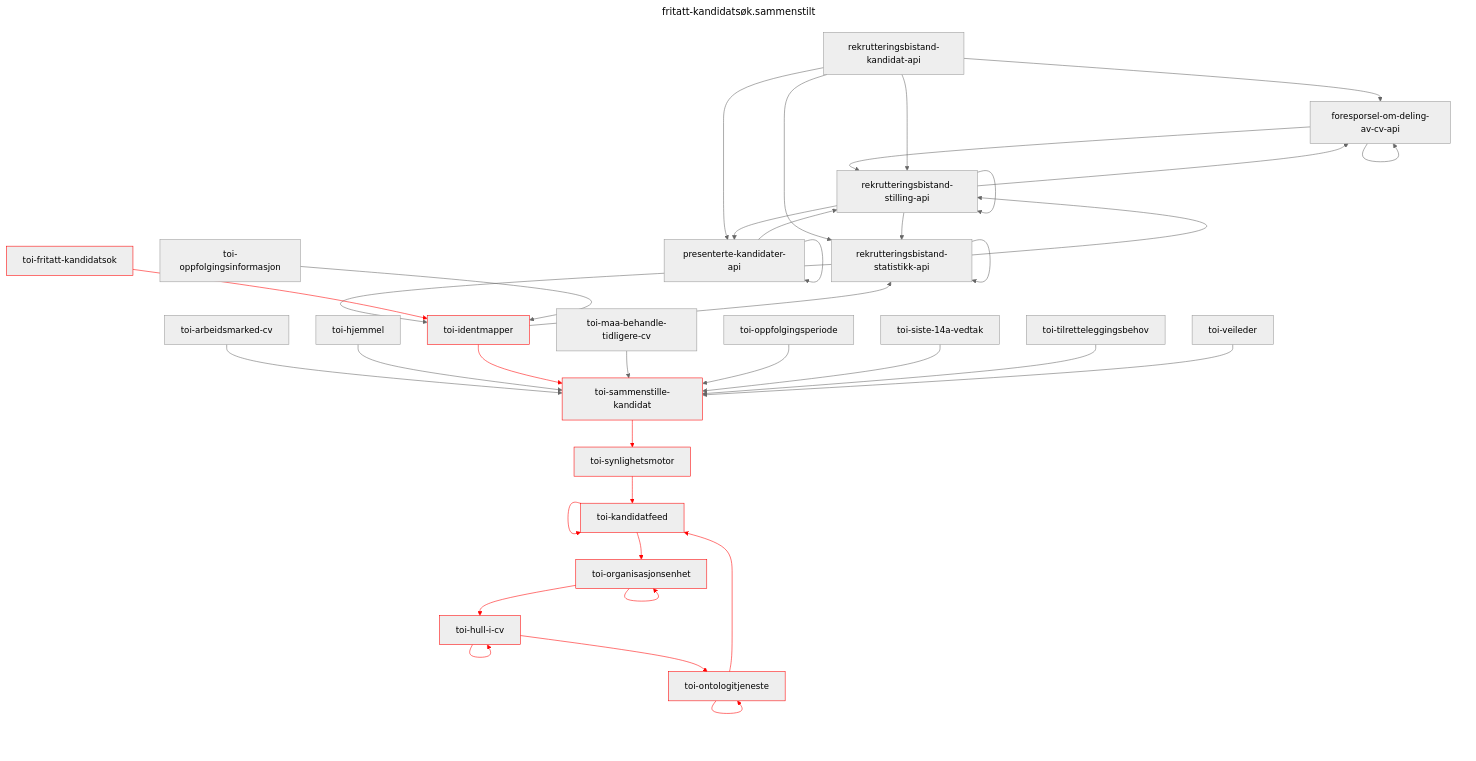
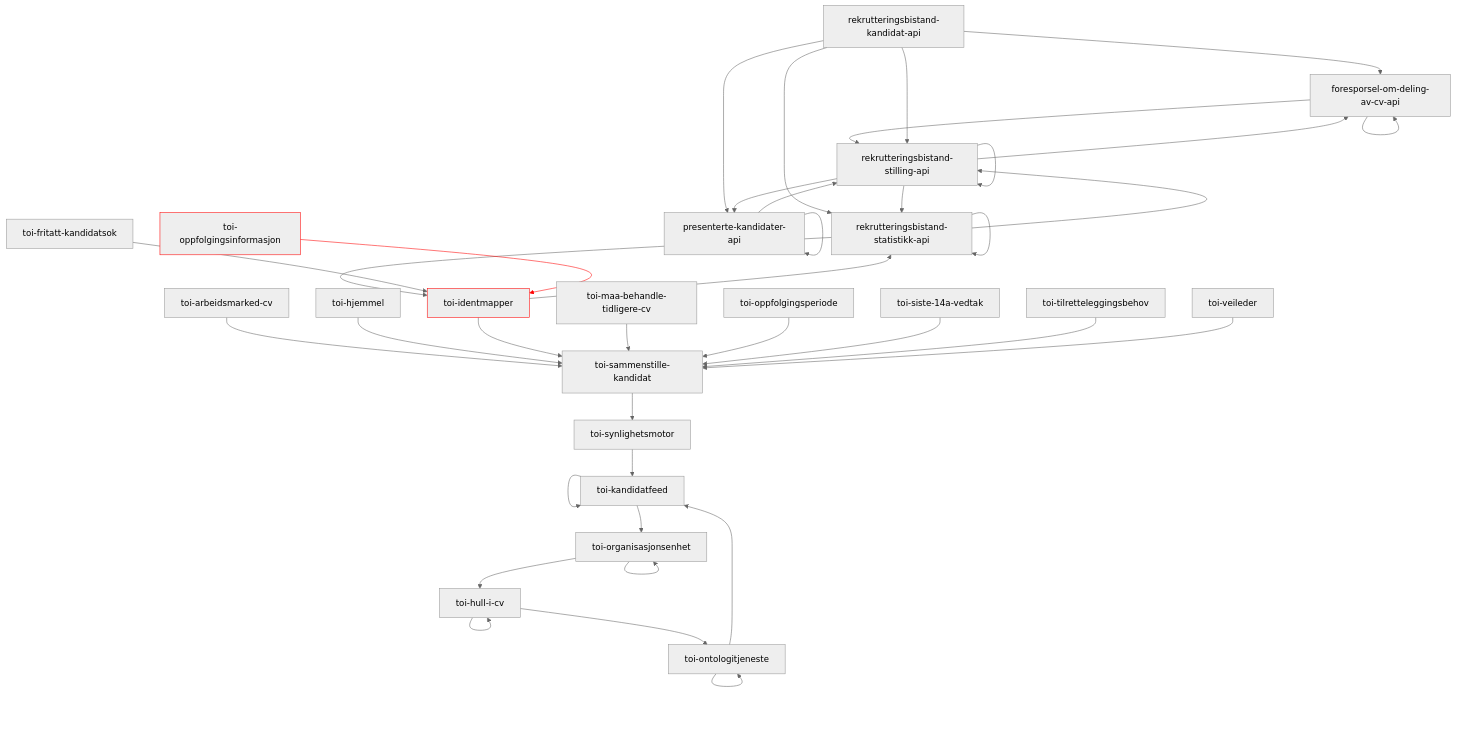
Before and after one commit to navikt/toi-rapids-and-rivers-grapher: the sixth of 34 diagrams in README.md, drawn with Mermaid (neutral theme). The commit also changed other lines of this file, not shown here.

Commit message:
Oppdater Mermaid utskrift

````diff
--- a/README.md
+++ b/README.md
@@ -178,45 +216,42 @@
 ```mermaid
----
-title: fritatt-kandidatsøk.sammenstilt
----
 graph TD;
 foresporsel-om-deling-av-cv-api --> foresporsel-om-deling-av-cv-api;
 foresporsel-om-deling-av-cv-api --> rekrutteringsbistand-stilling-api;
 presenterte-kandidater-api --> presenterte-kandidater-api;
 presenterte-kandidater-api --> rekrutteringsbistand-stilling-api;
 rekrutteringsbistand-kandidat-api --> foresporsel-om-deling-av-cv-api;
 rekrutteringsbistand-kandidat-api --> presenterte-kandidater-api;
 rekrutteringsbistand-kandidat-api --> rekrutteringsbistand-statistikk-api;
 rekrutteringsbistand-kandidat-api --> rekrutteringsbistand-stilling-api;
 rekrutteringsbistand-statistikk-api --> rekrutteringsbistand-statistikk-api;
 rekrutteringsbistand-statistikk-api --> rekrutteringsbistand-stilling-api;
 rekrutteringsbistand-statistikk-api --> toi-identmapper;
 rekrutteringsbistand-stilling-api --> foresporsel-om-deling-av-cv-api;
 rekrutteringsbistand-stilling-api --> presenterte-kandidater-api;
 rekrutteringsbistand-stilling-api --> rekrutteringsbistand-statistikk-api;
 rekrutteringsbistand-stilling-api --> rekrutteringsbistand-stilling-api;
 toi-arbeidsmarked-cv --> toi-sammenstille-kandidat;
-toi-fritatt-kandidatsok:::x --> toi-identmapper:::x;
+toi-fritatt-kandidatsok --> toi-identmapper;
 toi-hjemmel --> toi-sammenstille-kandidat;
-toi-hull-i-cv:::x --> toi-hull-i-cv:::x;
-toi-hull-i-cv:::x --> toi-ontologitjeneste:::x;
+toi-hull-i-cv --> toi-hull-i-cv;
+toi-hull-i-cv --> toi-ontologitjeneste;
 toi-identmapper --> rekrutteringsbistand-statistikk-api;
-toi-identmapper:::x --> toi-sammenstille-kandidat:::x;
-toi-kandidatfeed:::x --> toi-kandidatfeed:::x;
-toi-kandidatfeed:::x --> toi-organisasjonsenhet:::x;
+toi-identmapper --> toi-sammenstille-kandidat;
+toi-kandidatfeed --> toi-kandidatfeed;
+toi-kandidatfeed --> toi-organisasjonsenhet;
 toi-maa-behandle-tidligere-cv --> toi-sammenstille-kandidat;
-toi-ontologitjeneste:::x --> toi-kandidatfeed:::x;
-toi-ontologitjeneste:::x --> toi-ontologitjeneste:::x;
-toi-oppfolgingsinformasjon --> toi-identmapper;
+toi-ontologitjeneste --> toi-kandidatfeed;
+toi-ontologitjeneste --> toi-ontologitjeneste;
+toi-oppfolgingsinformasjon:::x --> toi-identmapper:::x;
 toi-oppfolgingsperiode --> toi-sammenstille-kandidat;
-toi-organisasjonsenhet:::x --> toi-hull-i-cv:::x;
-toi-organisasjonsenhet:::x --> toi-organisasjonsenhet:::x;
-toi-sammenstille-kandidat:::x --> toi-synlighetsmotor:::x;
+toi-organisasjonsenhet --> toi-hull-i-cv;
+toi-organisasjonsenhet --> toi-organisasjonsenhet;
+toi-sammenstille-kandidat --> toi-synlighetsmotor;
 toi-siste-14a-vedtak --> toi-sammenstille-kandidat;
-toi-synlighetsmotor:::x --> toi-kandidatfeed:::x;
+toi-synlighetsmotor --> toi-kandidatfeed;
 toi-tilretteleggingsbehov --> toi-sammenstille-kandidat;
 toi-veileder --> toi-sammenstille-kandidat;
 
-linkStyle 16,18,19,21,22,23,25,26,29,30,31,33 stroke:red;
+linkStyle 27 stroke:red;
 classDef x stroke: red;
 ```
````
